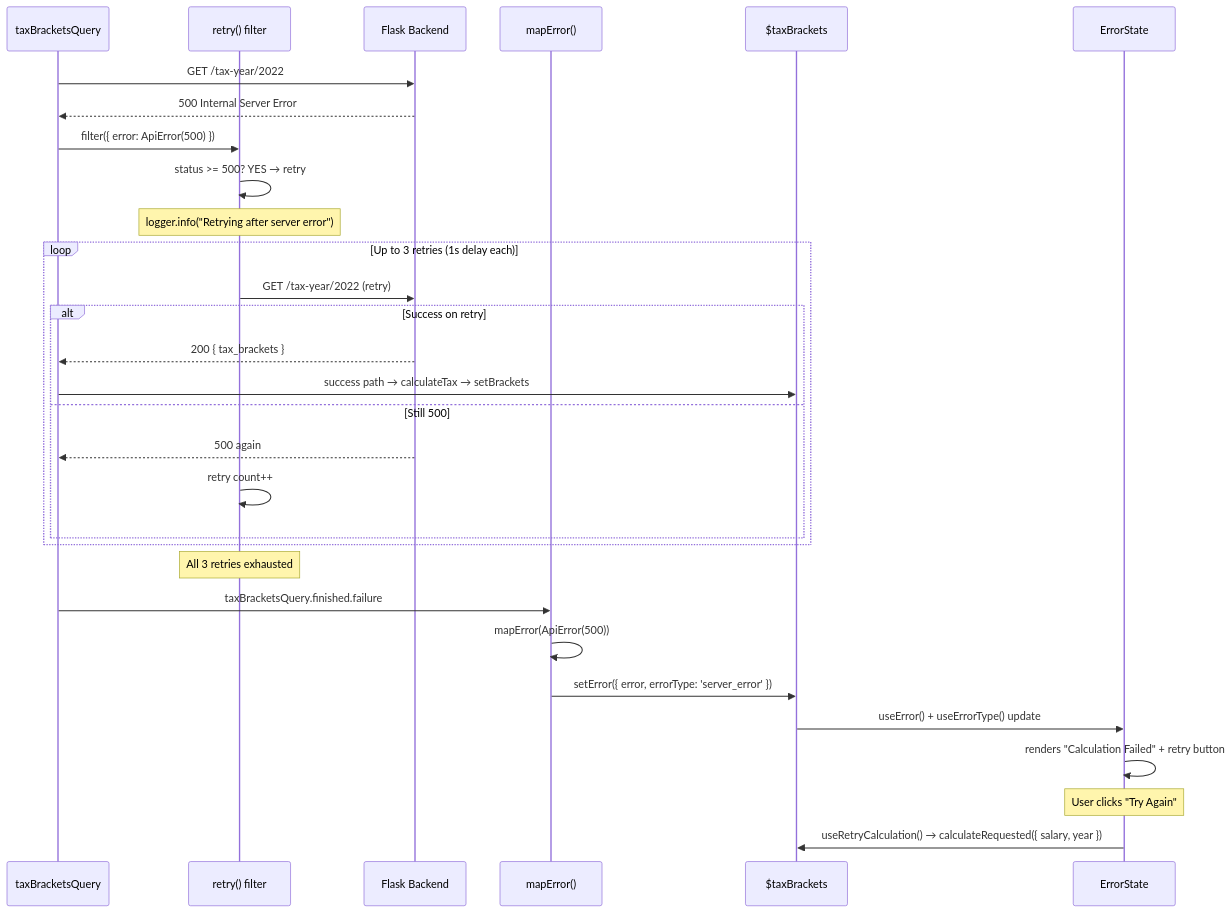
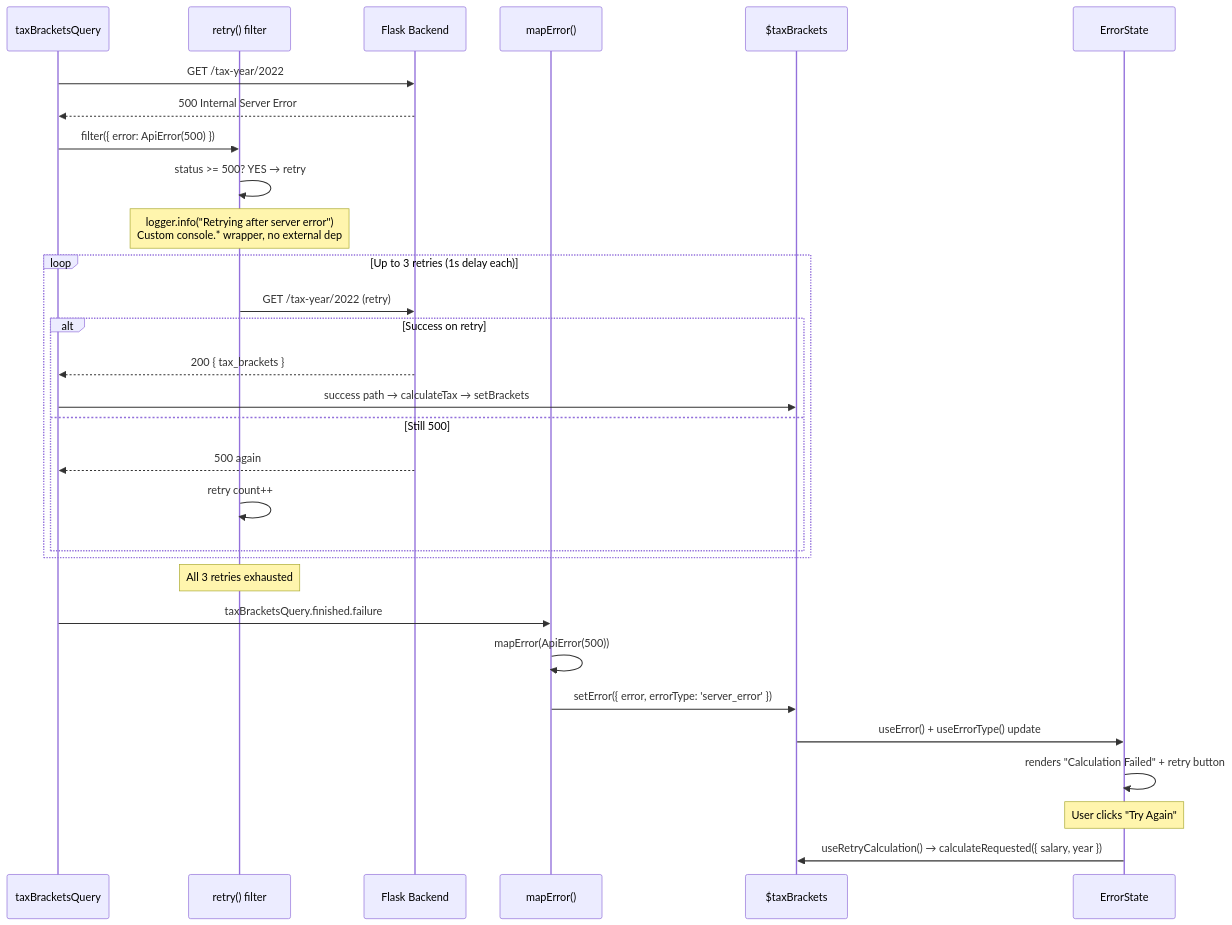
Before and after one commit to swallville/tax-calculator: the second of 2 diagrams in docs/diagrams/error-flow.md, drawn with Mermaid. The commit also changed 7 other files, not shown here.

````diff
--- a/docs/diagrams/error-flow.md
+++ b/docs/diagrams/error-flow.md
@@ -27,38 +27,38 @@
 ```mermaid
 sequenceDiagram
     participant Query as taxBracketsQuery
     participant Retry as retry() filter
     participant Flask as Flask Backend
     participant ErrorMap as mapError()
     participant Store as $taxBrackets
     participant UI as ErrorState
 
     Query->>Flask: GET /tax-year/2022
     Flask-->>Query: 500 Internal Server Error
 
     Query->>Retry: filter({ error: ApiError(500) })
     Retry->>Retry: status >= 500? YES → retry
-    Note over Retry: logger.info("Retrying after server error")
+    Note over Retry: logger.info("Retrying after server error")<br/>Custom console.* wrapper, no external dep
 
     loop Up to 3 retries (1s delay each)
         Retry->>Flask: GET /tax-year/2022 (retry)
         alt Success on retry
             Flask-->>Query: 200 { tax_brackets }
             Query->>Store: success path → calculateTax → setBrackets
         else Still 500
             Flask-->>Query: 500 again
             Retry->>Retry: retry count++
         end
     end
 
     Note over Retry: All 3 retries exhausted
 
     Query->>ErrorMap: taxBracketsQuery.finished.failure
     ErrorMap->>ErrorMap: mapError(ApiError(500))
     ErrorMap->>Store: setError({ error, errorType: 'server_error' })
     Store->>UI: useError() + useErrorType() update
     UI->>UI: renders "Calculation Failed" + retry button
 
     Note over UI: User clicks "Try Again"
     UI->>Store: useRetryCalculation() → calculateRequested({ salary, year })
 ```
````
